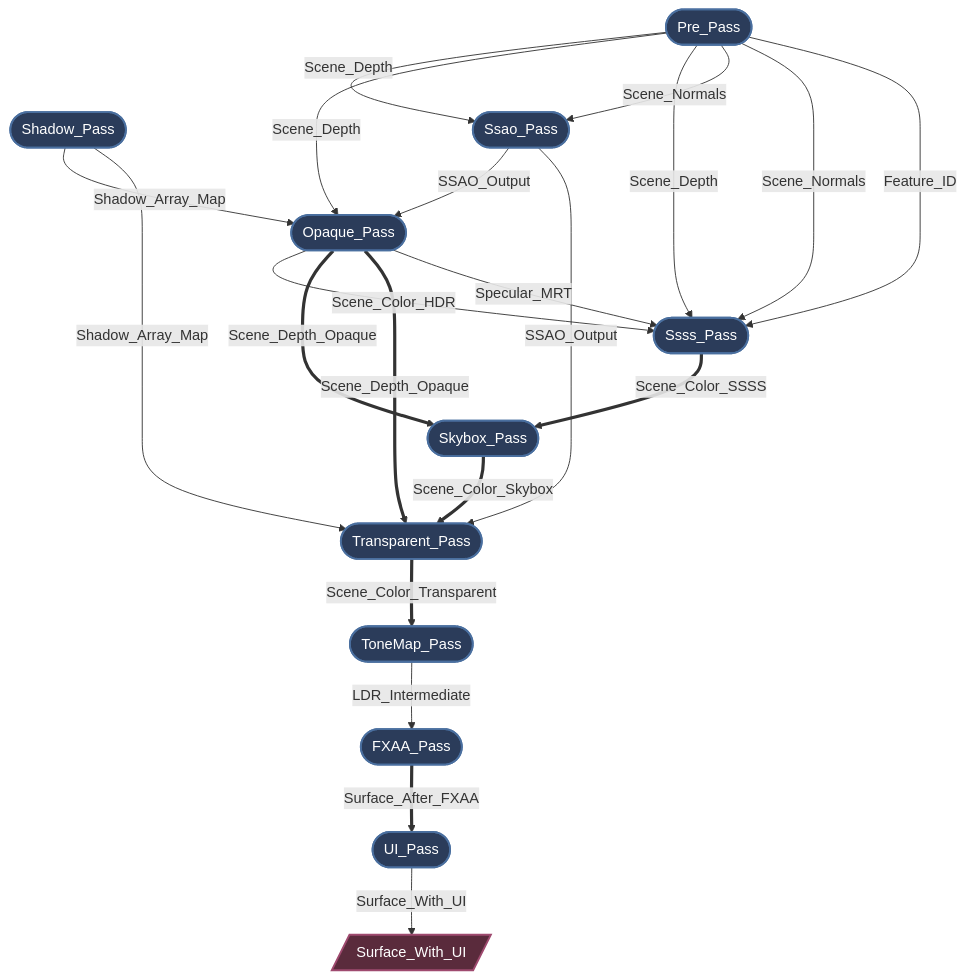
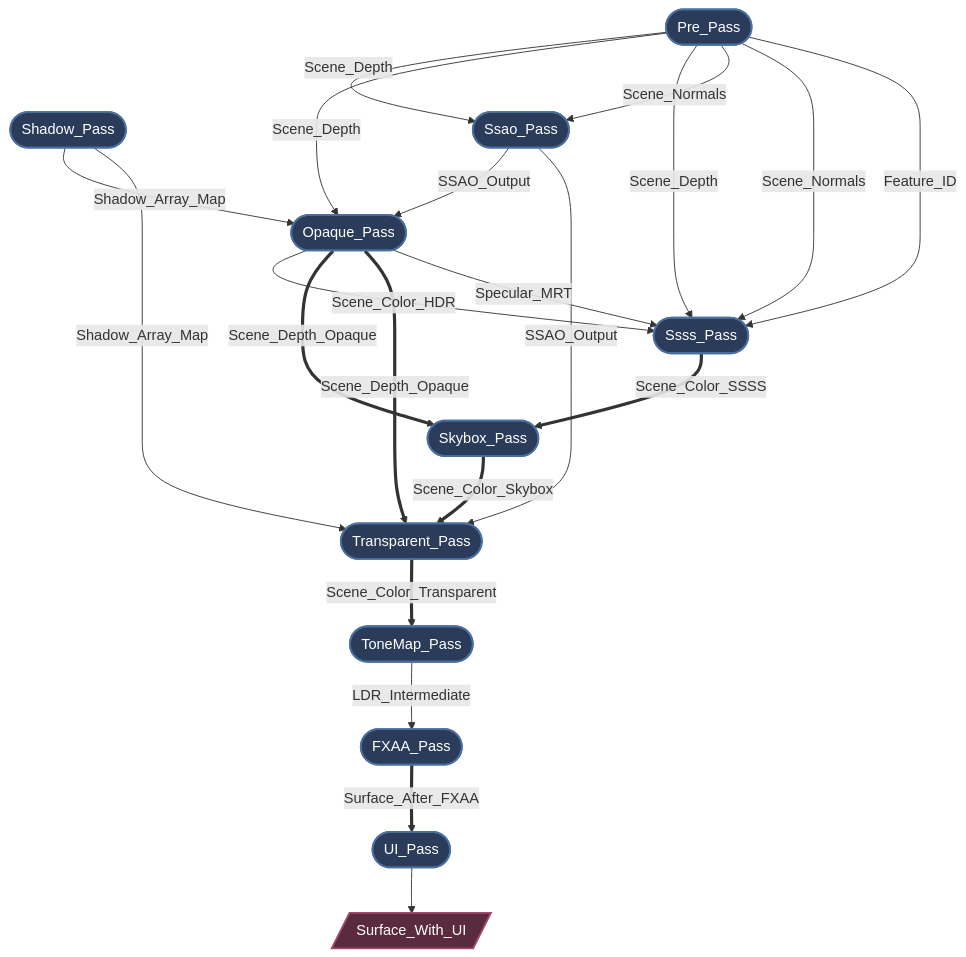
Before and after one commit to panxinmiao/myth: the first of 3 diagrams in docs/RenderGraph.md, drawn with Mermaid. The commit also changed other lines of this file and 20 other files, not shown here.

````diff
--- a/docs/RenderGraph.md
+++ b/docs/RenderGraph.md
@@ -235,42 +235,42 @@
 ```mermaid
 flowchart
     classDef alive fill:#2b3c5a,stroke:#4a6f9f,stroke-width:2px,color:#fff,rx:5,ry:5;
     classDef dead fill:#222,stroke:#555,stroke-width:2px,stroke-dasharray: 5 5,color:#777,rx:5,ry:5;
     classDef external fill:#5a2b3c,stroke:#9f4a6f,stroke-width:2px,color:#fff;
 
     %% --- Passes (Nodes) ---
     P0(["Shadow_Pass"]):::alive
     P1(["Pre_Pass"]):::alive
     P2(["Ssao_Pass"]):::alive
     P3(["Opaque_Pass"]):::alive
     P4(["Ssss_Pass"]):::alive
     P5(["Skybox_Pass"]):::alive
     P6(["Transparent_Pass"]):::alive
     P7(["ToneMap_Pass"]):::alive
     P8(["FXAA_Pass"]):::alive
     P9(["UI_Pass"]):::alive
 
     %% --- Data Flow (Edges) ---
     P0 -->|"Shadow_Array_Map"| P3;
     P0 -->|"Shadow_Array_Map"| P6;
     P1 -->|"Scene_Depth"| P2;
     P1 -->|"Scene_Depth"| P3;
     P1 -->|"Scene_Depth"| P4;
     P1 -->|"Scene_Normals"| P2;
     P1 -->|"Scene_Normals"| P4;
     P1 -->|"Feature_ID"| P4;
     P2 -->|"SSAO_Output"| P3;
     P2 -->|"SSAO_Output"| P6;
     P3 -->|"Scene_Color_HDR"| P4;
     P3 ==>|"Scene_Depth_Opaque"| P5;
     P3 ==>|"Scene_Depth_Opaque"| P6;
     P3 -->|"Specular_MRT"| P4;
     P4 ==>|"Scene_Color_SSSS"| P5;
     P5 ==>|"Scene_Color_Skybox"| P6;
     P6 ==>|"Scene_Color_Transparent"| P7;
     P7 -->|"LDR_Intermediate"| P8;
     P8 ==>|"Surface_After_FXAA"| P9;
     OUT_16[/"Surface_With_UI"/]:::external
-    P9 -->|"Surface_With_UI"| OUT_16;
+    P9 --> OUT_16;
 
 ```
````
